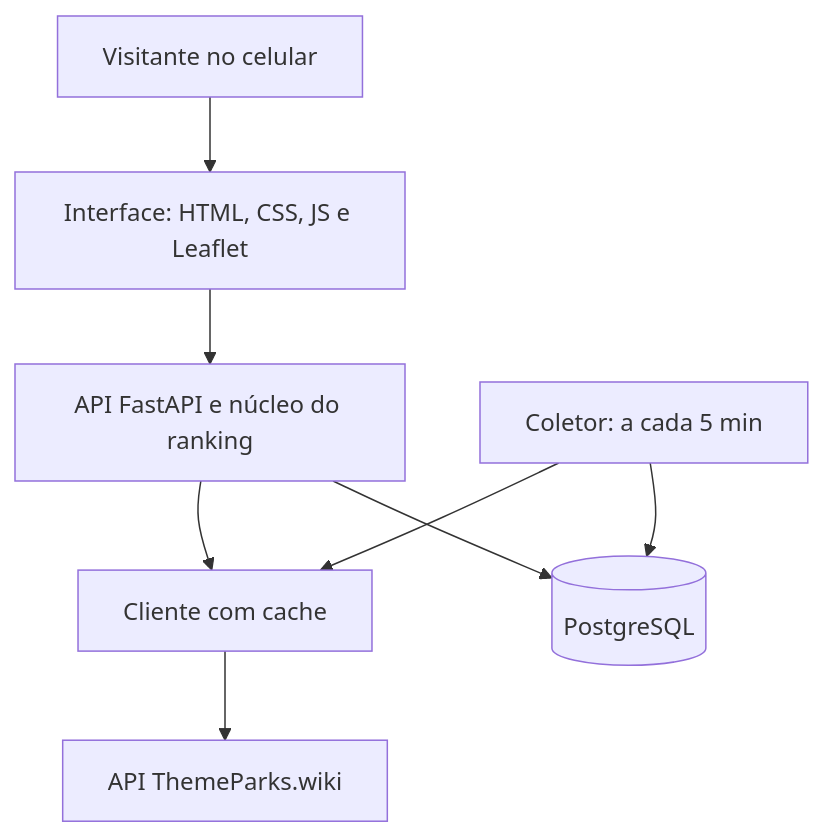
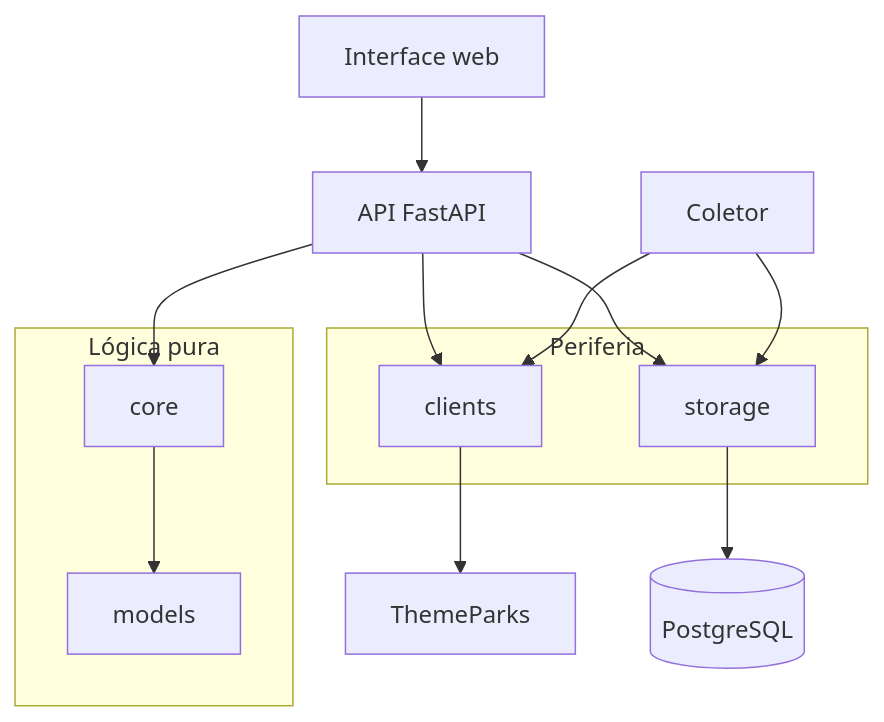
The diagram in src/content/projetos/nextup.md (GabrielFDA7/GabrielFDA7.github.io), drawn with Mermaid before and after one commit. The commit also changed other lines of this file and 12 other files, not shown here.

````diff
--- a/src/content/projetos/nextup.md
+++ b/src/content/projetos/nextup.md
@@ -53,12 +53,21 @@
 ```mermaid
 flowchart TD
-  accTitle: Arquitetura do NextUp
-  accDescr: O visitante usa a interface, que chama a API. A API aplica o ranking e busca filas na ThemeParks.wiki, com cache. Um coletor grava o histórico no PostgreSQL a cada 5 minutos.
-  V[Visitante no celular] --> W[Interface: HTML, CSS, JS e Leaflet]
-  W --> A[API FastAPI e núcleo do ranking]
-  A --> C[Cliente com cache]
-  C --> T[API ThemeParks.wiki]
-  K[Coletor: a cada 5 min] --> C
-  K --> B[(PostgreSQL)]
-  A --> B
+  accTitle: Camadas do NextUp
+  accDescr: A interface chama a API. A API usa o core, que contém a lógica pura e depende só dos models. A API e o coletor, que roda a cada 5 minutos, usam a periferia: a camada clients, que busca as filas na ThemeParks.wiki com cache, e a camada storage, que guarda o histórico no PostgreSQL.
+  W[Interface web] --> A[API FastAPI]
+  K[Coletor]
+  subgraph Puro [Lógica pura]
+    C[core] --> M[models]
+  end
+  subgraph Periferia [Periferia]
+    H[clients]
+    S[storage]
+  end
+  A --> C
+  A --> H
+  A --> S
+  K --> H
+  K --> S
+  H --> T[ThemeParks]
+  S --> B[(PostgreSQL)]
 ```
````
